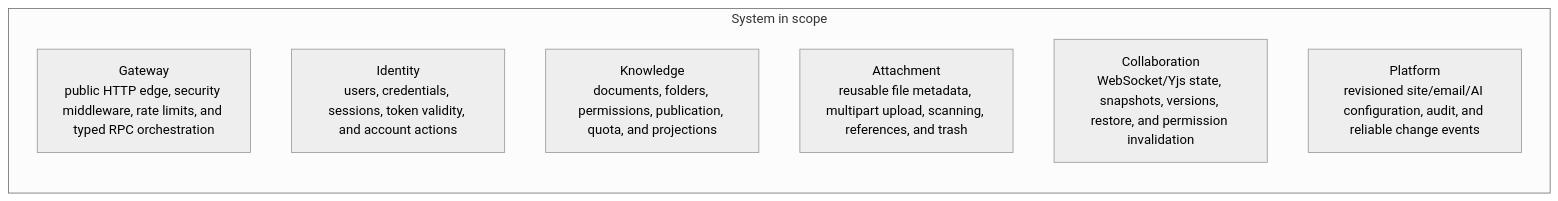
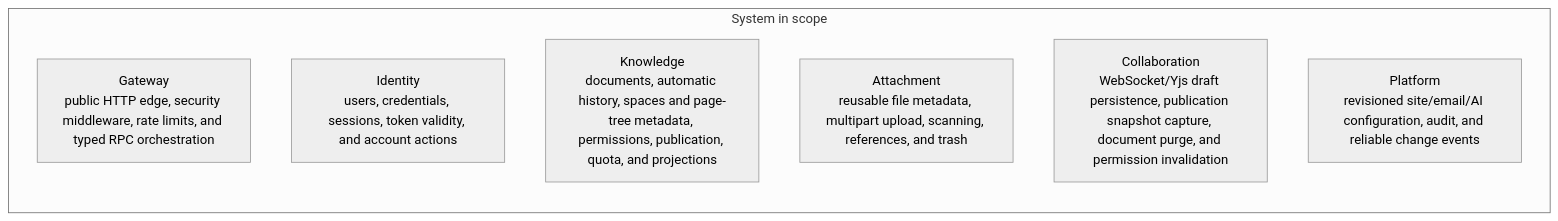
Before and after one commit to HappyLadySauceM/Knowledge-Core: the second of 2 diagrams in .agents/skills/knowledge-core-project/references/en/architecture.md, drawn with Mermaid (neutral theme). The commit also changed other lines of this file and 43 other files, not shown here.

Commit message:
feat: add authoritative automatic document history

````diff
--- a/.agents/skills/knowledge-core-project/references/en/architecture.md
+++ b/.agents/skills/knowledge-core-project/references/en/architecture.md
@@ -70,11 +70,11 @@
 ```mermaid
 flowchart LR
     subgraph System[System in scope]
         Gateway["Gateway\npublic HTTP edge, security middleware, rate limits, and typed RPC orchestration"]
         Identity["Identity\nusers, credentials, sessions, token validity, and account actions"]
-        Knowledge["Knowledge\ndocuments, folders, permissions, publication, quota, and projections"]
+        Knowledge["Knowledge\ndocuments, automatic history, spaces and page-tree metadata, permissions, publication, quota, and projections"]
         Attachment["Attachment\nreusable file metadata, multipart upload, scanning, references, and trash"]
-        Collaboration["Collaboration\nWebSocket/Yjs state, snapshots, versions, restore, and permission invalidation"]
+        Collaboration["Collaboration\nWebSocket/Yjs draft persistence, publication snapshot capture, document purge, and permission invalidation"]
         Platform["Platform\nrevisioned site/email/AI configuration, audit, and reliable change events"]
     end
 ```
````
